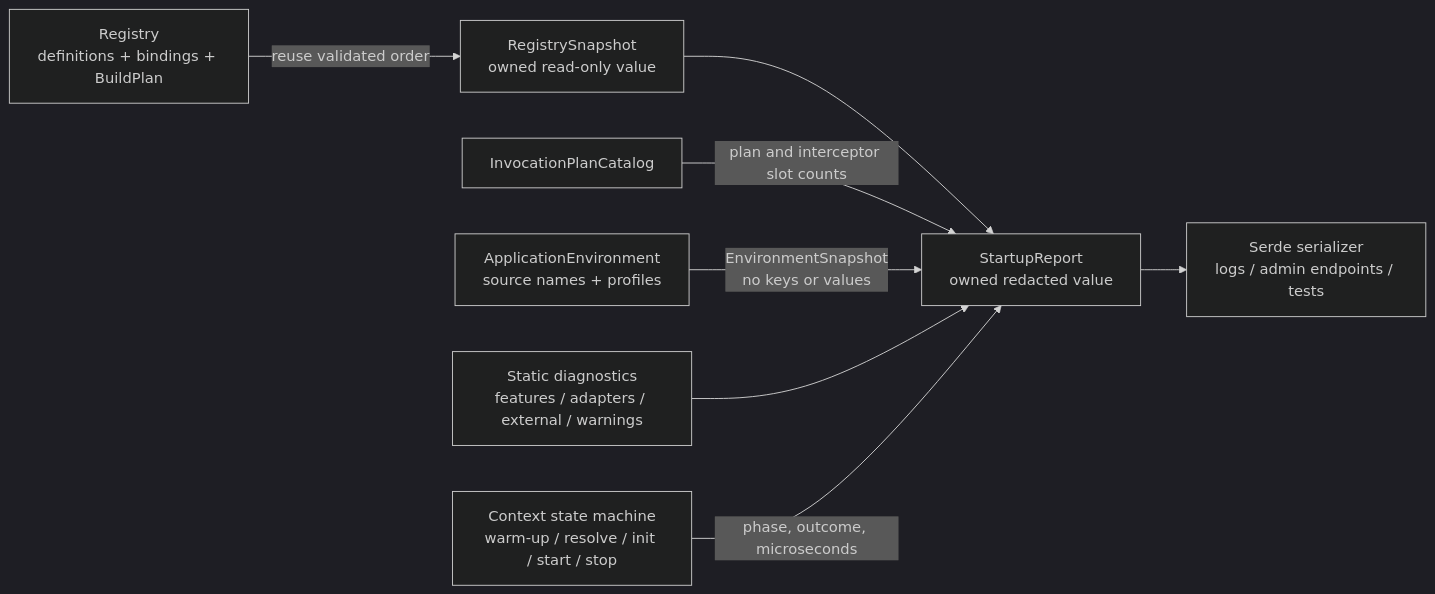
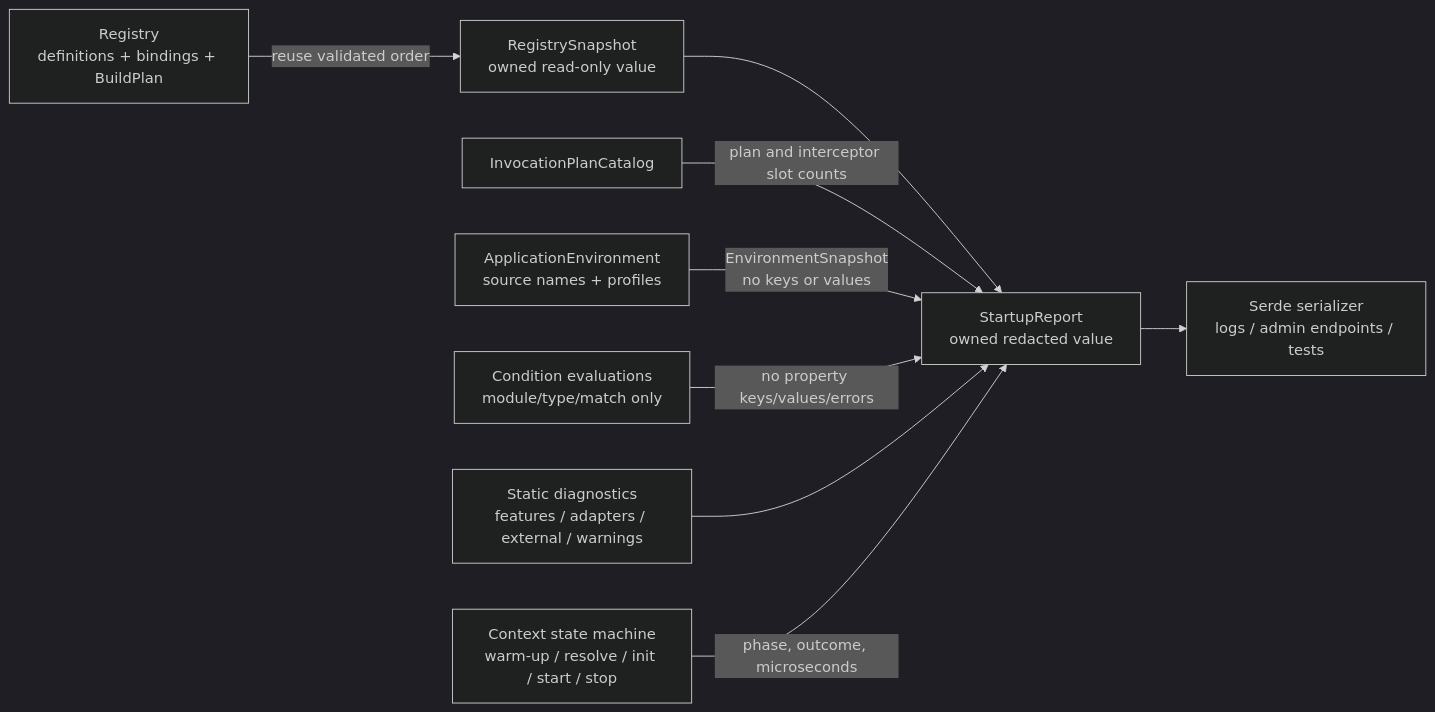
Before and after one commit to easy-4-rust/vernal: diagram 19 of 19 in docs/Vernal-Architecture.md, drawn with Mermaid (dark theme). The commit also changed other lines of this file and 18 other files, not shown here.

````diff
--- a/docs/Vernal-Architecture.md
+++ b/docs/Vernal-Architecture.md
@@ -1027,19 +1087,21 @@
 ```mermaid
 flowchart LR
     Registry["Registry<br/>definitions + bindings + BuildPlan"]
     Catalog["InvocationPlanCatalog"]
     Environment["ApplicationEnvironment<br/>source names + profiles"]
+    Conditions["Condition evaluations<br/>module/type/match only"]
     Static["Static diagnostics<br/>features / adapters / external / warnings"]
     Lifecycle["Context state machine<br/>warm-up / resolve / init / start / stop"]
     Snapshot["RegistrySnapshot<br/>owned read-only value"]
     Report["StartupReport<br/>owned redacted value"]
     Output["Serde serializer<br/>logs / admin endpoints / tests"]
 
     Registry -->|"reuse validated order"| Snapshot
     Snapshot --> Report
     Catalog -->|"plan and interceptor slot counts"| Report
     Environment -->|"EnvironmentSnapshot<br/>no keys or values"| Report
+    Conditions -->|"no property keys/values/errors"| Report
     Static --> Report
     Lifecycle -->|"phase, outcome, microseconds"| Report
     Report --> Output
 ```
````
